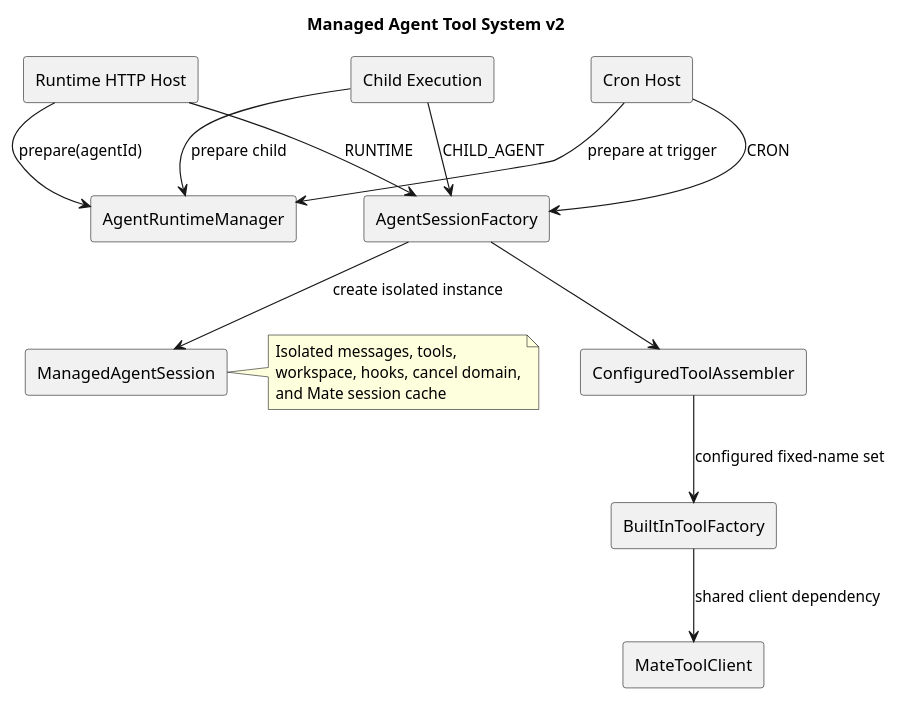
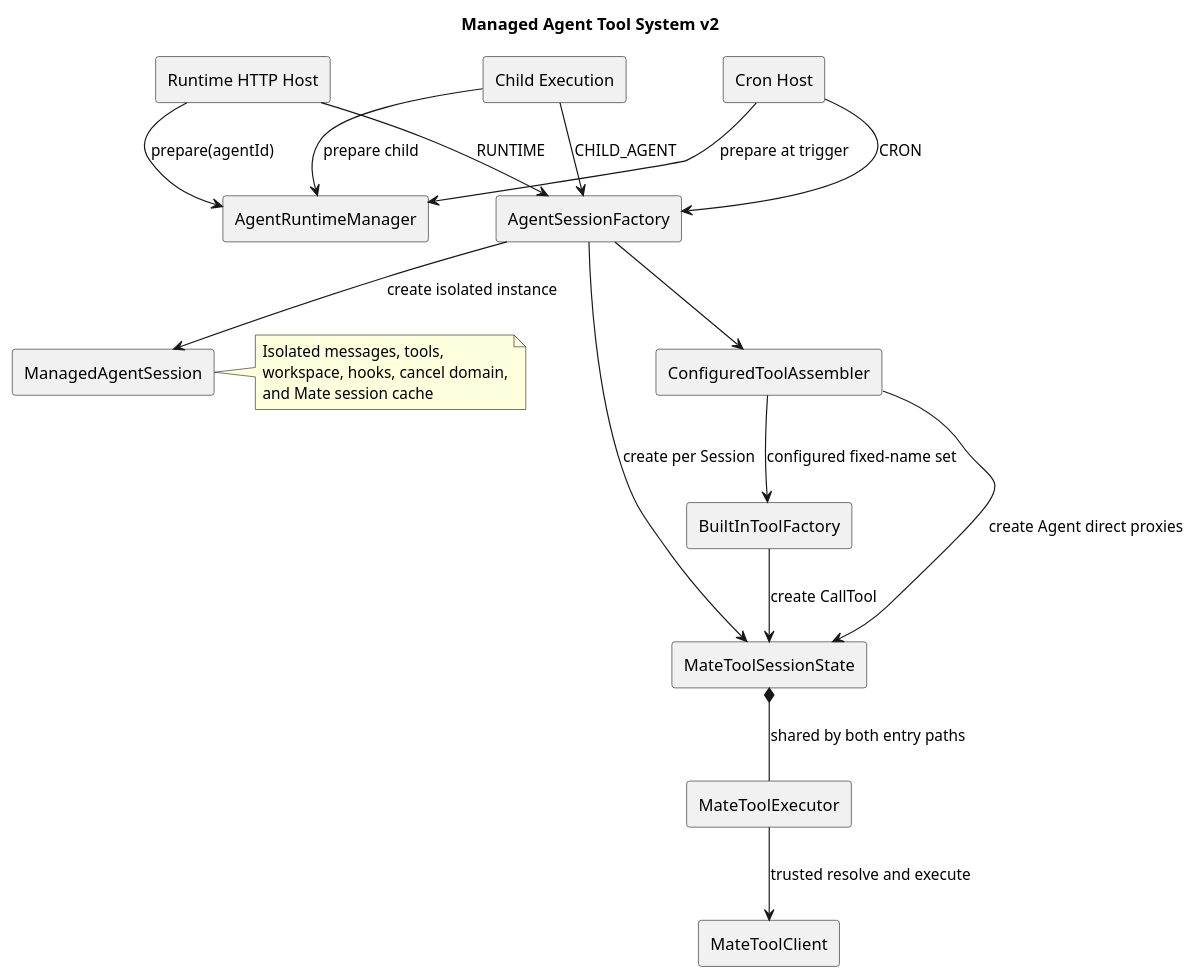
Before and after one commit to 2862282695gjh-afk/pi-mono-java: the first of 4 diagrams in docs/designs/tool-system-v2/diagram.puml, drawn with PlantUML. The commit also changed other lines of this file and 36 other files, not shown here.

```diff
--- a/docs/designs/tool-system-v2/diagram.puml
+++ b/docs/designs/tool-system-v2/diagram.puml
@@ -1,38 +1,44 @@
 @startuml tool_system_architecture
 ' Pre-change baseline: CampusClaw merge base d649866a6cae967ace18ceaeb9597edd47e5721e.
-' Reviewed implementation baseline: CampusClaw PR commit bf28e72f94f29acd316eb872a250893ed54e3632.
+' Reviewed tool assembly baseline: CampusClaw c2b41723702cedfe167ec2cda68c6db65c39b0fa.
 ' Source evidence: modules/coding-agent-cli/src/main/java/com/campusclaw/codingagent/session/AgentSessionFactory.java, create
 ' Source evidence: modules/coding-agent-cli/src/main/java/com/campusclaw/codingagent/tool/builtin/DefaultConfiguredToolAssembler.java, assemble
 ' Architecture change: the source-evidence types did not exist at the pre-change baseline.
 ' Observed at reviewed baseline: one session factory serves Runtime, Cron, and Child entry points.
 ' Design reason: host lifecycle stays outside the shared session while tool semantics remain identical.
 skinparam componentStyle rectangle
 skinparam shadowing false
 title Managed Agent Tool System v2
 
 component "Runtime HTTP Host" as Runtime
 component "Cron Host" as Cron
 component "Child Execution" as Child
 component "AgentSessionFactory" as Factory
 component "ManagedAgentSession" as Session
 component "ConfiguredToolAssembler" as Assembler
 component "BuiltInToolFactory" as ToolFactory
 component "AgentRuntimeManager" as RuntimeManager
 component "MateToolClient" as Mate
+component "MateToolSessionState" as State
+component "MateToolExecutor" as Executor
 
 Runtime --> RuntimeManager : prepare(agentId)
 Cron --> RuntimeManager : prepare at trigger
 Child --> RuntimeManager : prepare child
 Runtime --> Factory : RUNTIME
 Cron --> Factory : CRON
 Child --> Factory : CHILD_AGENT
 Factory --> Session : create isolated instance
 Factory --> Assembler
 Assembler --> ToolFactory : configured fixed-name set
-ToolFactory --> Mate : shared client dependency
+Factory --> State : create per Session
+Assembler --> State : create Agent direct proxies
+ToolFactory --> State : create CallTool
+State *-- Executor : shared by both entry paths
+Executor --> Mate : trusted resolve and execute
 note right of Session
   Isolated messages, tools,
   workspace, hooks, cancel domain,
   and Mate session cache
 end note
 @enduml
```
